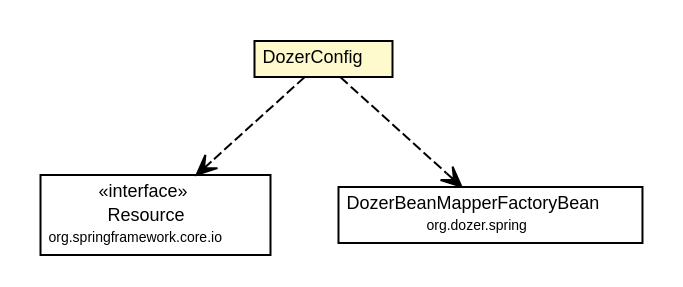
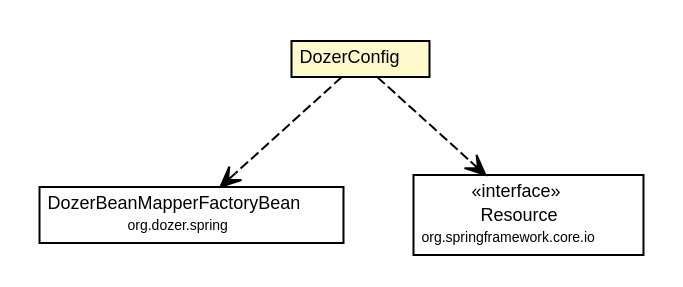
One commit to willmorejg/net.ljcomputing.status-reporter changed the diagram in docs/javadoc/apidocs/net/ljcomputing/sr/config/DozerConfig.dot. Above: the diagram before and after it, drawn with Graphviz. The commit also changed 179 other files, not shown here.

```diff
--- a/docs/javadoc/apidocs/net/ljcomputing/sr/config/DozerConfig.dot
+++ b/docs/javadoc/apidocs/net/ljcomputing/sr/config/DozerConfig.dot
@@ -1,37 +1,37 @@
 #!/usr/local/bin/dot
 #
 # Class diagram 
 # Generated by UMLGraph version R5_6 (http://www.umlgraph.org/)
 #
 
 digraph G {
 	edge [fontname="Helvetica",fontsize=10,labelfontname="Helvetica",labelfontsize=10];
 	node [fontname="Helvetica",fontsize=10,shape=plaintext];
 	nodesep=0.25;
 	ranksep=0.5;
 	// net.ljcomputing.sr.config.DozerConfig
 	c1215 [label=<<table title="net.ljcomputing.sr.config.DozerConfig" border="0" cellborder="1" cellspacing="0" cellpadding="2" port="p" bgcolor="lemonChiffon" href="./DozerConfig.html">
 		<tr><td><table border="0" cellspacing="0" cellpadding="1">
 <tr><td align="center" balign="center"> DozerConfig </td></tr>
 		</table></td></tr>
 		</table>>, URL="./DozerConfig.html", fontname="Helvetica", fontcolor="black", fontsize=9.0];
+	// net.ljcomputing.sr.config.DozerConfig DEPEND org.dozer.spring.DozerBeanMapperFactoryBean
+	c1215:p -> c1228:p [taillabel="", label="", headlabel="", fontname="Helvetica", fontcolor="black", fontsize=10.0, color="black", arrowhead=open, style=dashed];
 	// net.ljcomputing.sr.config.DozerConfig DEPEND org.springframework.core.io.Resource
-	c1215:p -> c1220:p [taillabel="", label="", headlabel="", fontname="Helvetica", fontcolor="black", fontsize=10.0, color="black", arrowhead=open, style=dashed];
-	// net.ljcomputing.sr.config.DozerConfig DEPEND org.dozer.spring.DozerBeanMapperFactoryBean
 	c1215:p -> c1233:p [taillabel="", label="", headlabel="", fontname="Helvetica", fontcolor="black", fontsize=10.0, color="black", arrowhead=open, style=dashed];
 	// org.dozer.spring.DozerBeanMapperFactoryBean
-	c1233 [label=<<table title="org.dozer.spring.DozerBeanMapperFactoryBean" border="0" cellborder="1" cellspacing="0" cellpadding="2" port="p">
+	c1228 [label=<<table title="org.dozer.spring.DozerBeanMapperFactoryBean" border="0" cellborder="1" cellspacing="0" cellpadding="2" port="p">
 		<tr><td><table border="0" cellspacing="0" cellpadding="1">
 <tr><td align="center" balign="center"> DozerBeanMapperFactoryBean </td></tr>
 <tr><td align="center" balign="center"><font point-size="7.0"> org.dozer.spring </font></td></tr>
 		</table></td></tr>
 		</table>>, URL="null", fontname="Helvetica", fontcolor="black", fontsize=9.0];
 	// org.springframework.core.io.Resource
-	c1220 [label=<<table title="org.springframework.core.io.Resource" border="0" cellborder="1" cellspacing="0" cellpadding="2" port="p">
+	c1233 [label=<<table title="org.springframework.core.io.Resource" border="0" cellborder="1" cellspacing="0" cellpadding="2" port="p">
 		<tr><td><table border="0" cellspacing="0" cellpadding="1">
 <tr><td align="center" balign="center"> &#171;interface&#187; </td></tr>
 <tr><td align="center" balign="center"> Resource </td></tr>
 <tr><td align="center" balign="center"><font point-size="7.0"> org.springframework.core.io </font></td></tr>
 		</table></td></tr>
 		</table>>, URL="null", fontname="Helvetica", fontcolor="black", fontsize=9.0];
 }
```
